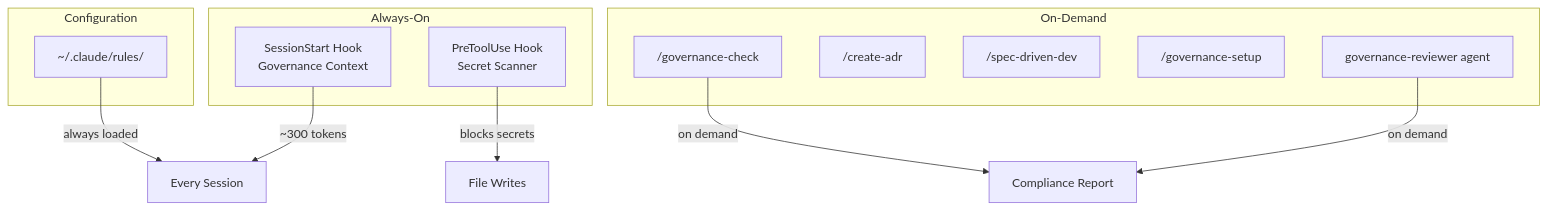
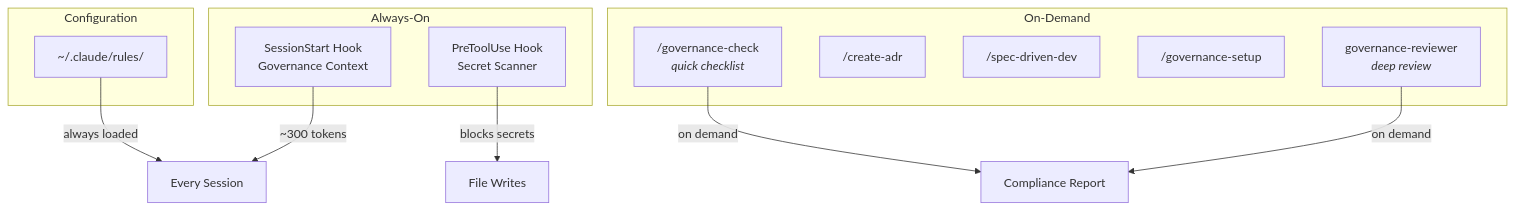
The diagram in README.md (pitimon/claude-governance), drawn with Mermaid before and after one commit. The commit also changed other lines of this file, not shown here.

````diff
--- a/README.md
+++ b/README.md
@@ -133,24 +154,24 @@
 ```mermaid
 graph TB
     subgraph "Always-On"
         H1["SessionStart Hook<br/>Governance Context"]
         H2["PreToolUse Hook<br/>Secret Scanner"]
     end
 
     subgraph "On-Demand"
-        C1["/governance-check"]
+        C1["/governance-check<br/><i>quick checklist</i>"]
         C2["/create-adr"]
         S1["/spec-driven-dev"]
         S2["/governance-setup"]
-        A1["governance-reviewer agent"]
+        A1["governance-reviewer<br/><i>deep review</i>"]
     end
 
     subgraph "Configuration"
         R1["~/.claude/rules/"]
     end
 
     H1 -->|~300 tokens| SESSION["Every Session"]
     H2 -->|blocks secrets| WRITES["File Writes"]
     R1 -->|always loaded| SESSION
     C1 & A1 -->|on demand| CHECK["Compliance Report"]
 ```
````
